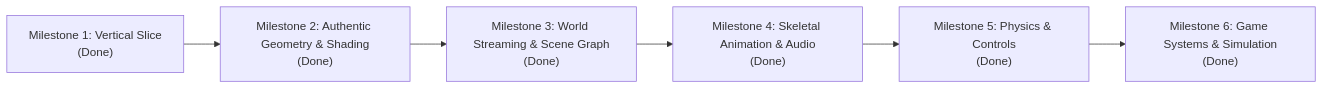
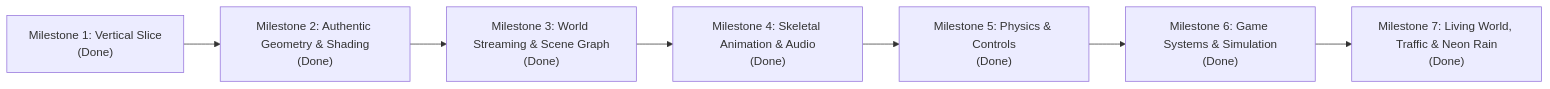
Before and after one commit to the-rohit-kumar/sleeping-dogs-web: the diagram in docs/roadmap.md, drawn with Mermaid. The commit also changed other lines of this file and 8 other files, not shown here.

Commit message:
Milestone 7: Living Hong Kong World, Traffic AI, Pedestrian Crowds & Dynamic Neon Rain Shading

````diff
--- a/docs/roadmap.md
+++ b/docs/roadmap.md
@@ -10,8 +10,9 @@
 ```mermaid
 flowchart LR
     M1["Milestone 1: Vertical Slice<br/>(Done)"] --> M2["Milestone 2: Authentic Geometry & Shading<br/>(Done)"]
     M2 --> M3["Milestone 3: World Streaming & Scene Graph<br/>(Done)"]
     M3 --> M4["Milestone 4: Skeletal Animation & Audio<br/>(Done)"]
     M4 --> M5["Milestone 5: Physics & Controls<br/>(Done)"]
     M5 --> M6["Milestone 6: Game Systems & Simulation<br/>(Done)"]
+    M6 --> M7["Milestone 7: Living World, Traffic & Neon Rain<br/>(Done)"]
 ```
````
